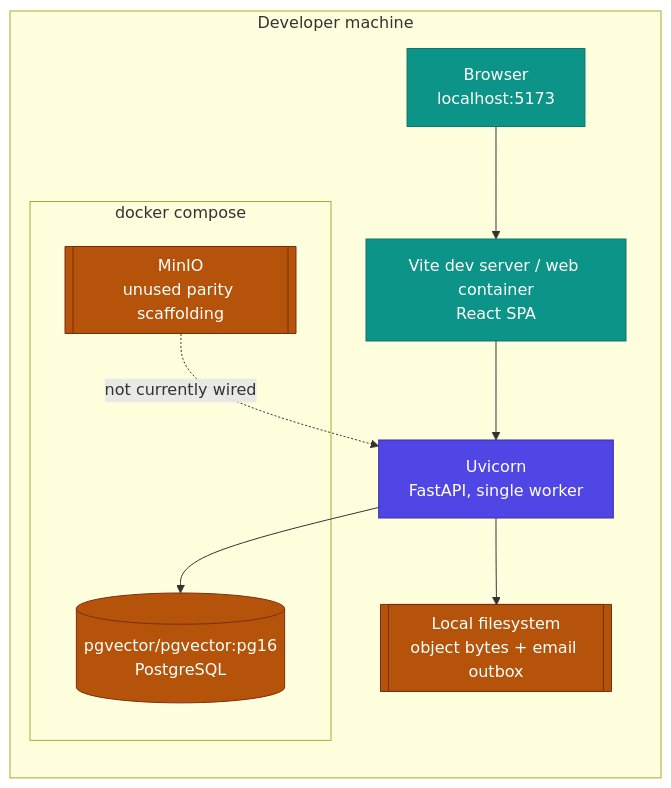
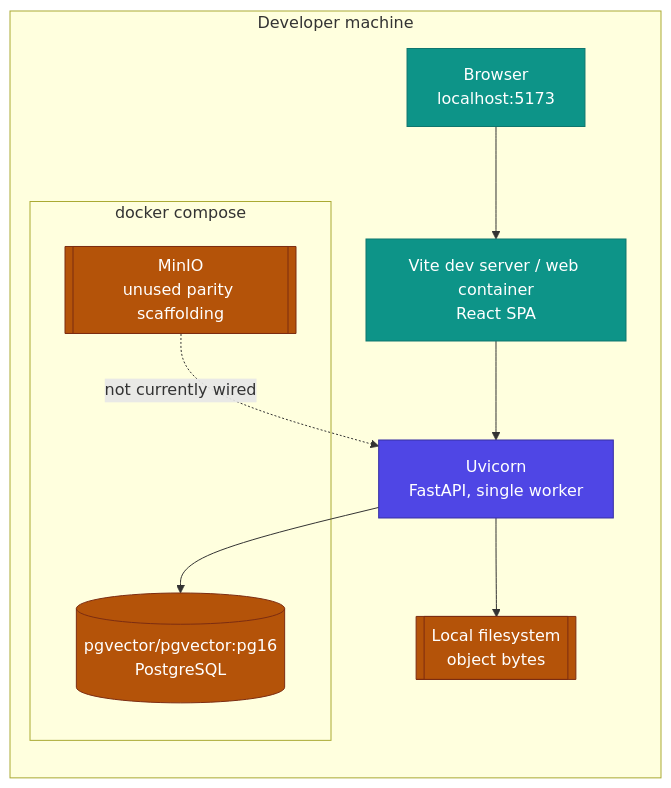
The first of 2 diagrams in docs/ARCHITECTURE_DEPLOYMENT.md (ShabalalaWATP/Coeus), drawn with Mermaid before and after one commit. The commit also changed other lines of this file and 554 other files, not shown here.

````diff
--- a/docs/ARCHITECTURE_DEPLOYMENT.md
+++ b/docs/ARCHITECTURE_DEPLOYMENT.md
@@ -20,26 +20,26 @@
 ```mermaid
 flowchart TB
     subgraph dev["Developer machine"]
         direction TB
         BROWSER["Browser<br/>localhost:5173"]
         VITE["Vite dev server / web container<br/>React SPA"]
         UVICORN["Uvicorn<br/>FastAPI, single worker"]
         subgraph compose["docker compose"]
             PG[("pgvector/pgvector:pg16<br/>PostgreSQL")]
             MINIO[["MinIO<br/>unused parity scaffolding"]]
         end
-        FS[["Local filesystem<br/>object bytes + email outbox"]]
+        FS[["Local filesystem<br/>object bytes"]]
     end
 
     BROWSER --> VITE --> UVICORN
     UVICORN --> PG
     UVICORN --> FS
     MINIO -.not currently wired.-> UVICORN
 
     classDef fe fill:#0d9488,stroke:#0f766e,color:#fff,stroke-width:1px
     classDef be fill:#4f46e5,stroke:#3730a3,color:#fff,stroke-width:1px
     classDef data fill:#b45309,stroke:#7c2d12,color:#fff,stroke-width:1px
     class BROWSER,VITE fe
     class UVICORN be
     class PG,MINIO,FS data
 ```
````
